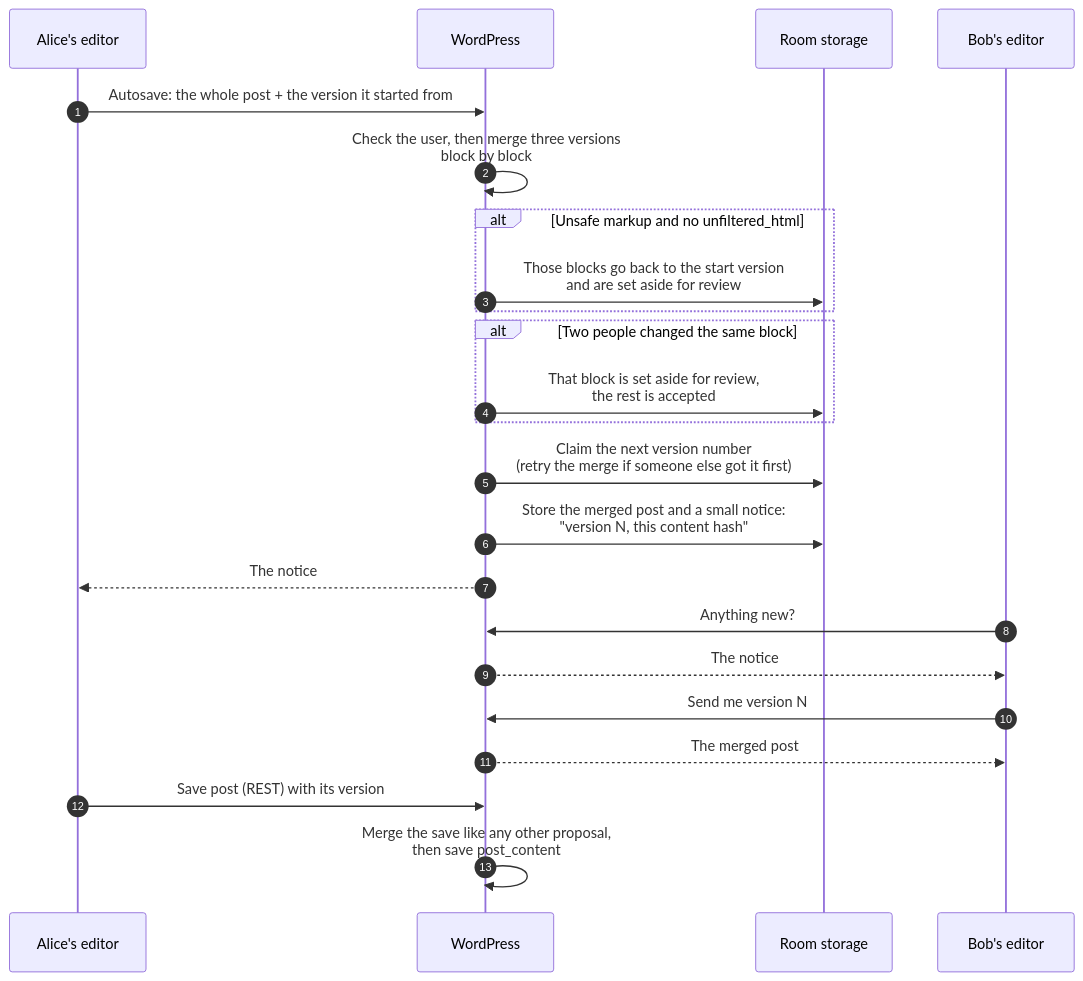
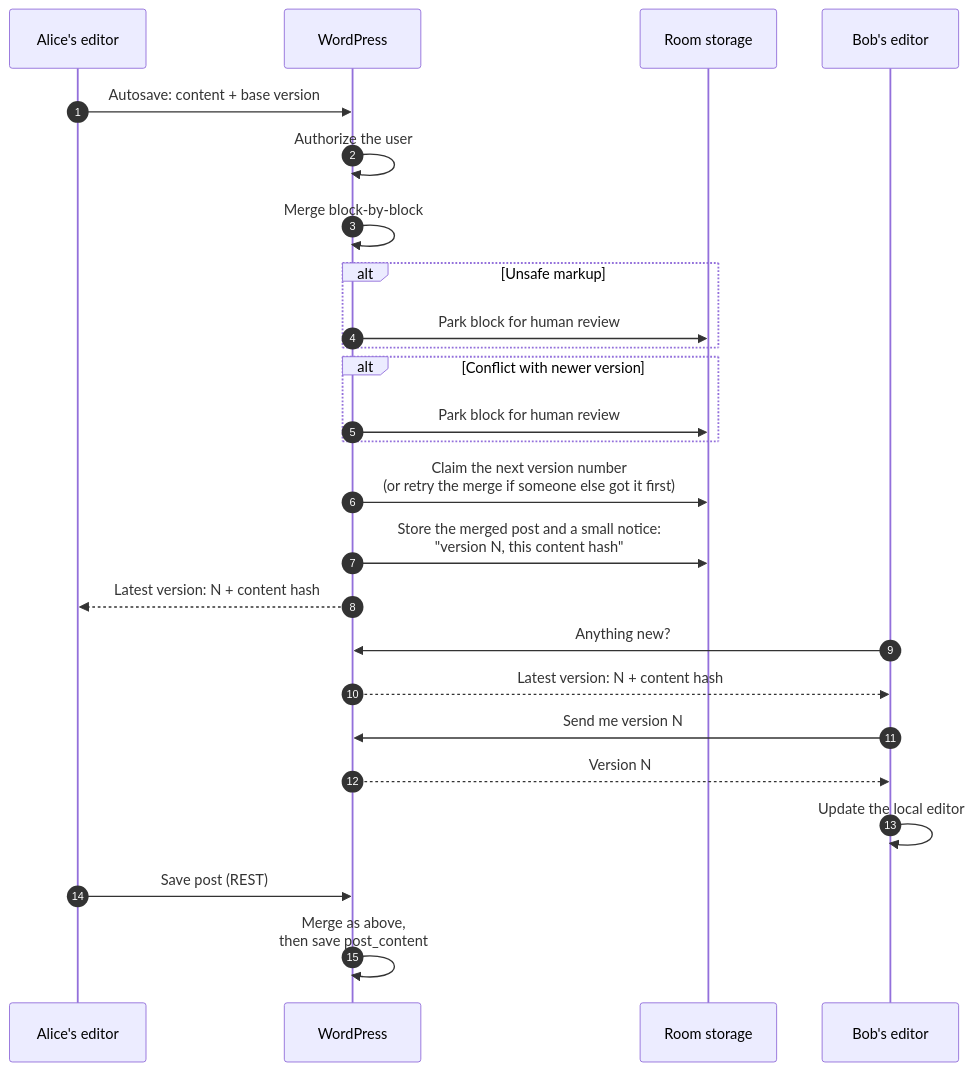
One commit to WordPress/gutenberg-sync-engines changed the fourth of 4 diagrams in docs/data-flow.md. Above: the diagram before and after it, drawn with Mermaid. The commit also changed other lines of this file, not shown here.

````diff
--- a/docs/data-flow.md
+++ b/docs/data-flow.md
@@ -160,25 +141,27 @@
 ```mermaid
 sequenceDiagram
     autonumber
     participant A as Alice's editor
     participant WP as WordPress
     participant DB as Room storage
     participant B as Bob's editor
-    A->>WP: Autosave: the whole post + the version it started from
-    WP->>WP: Check the user, then merge three versions<br/>block by block
-    alt Unsafe markup and no unfiltered_html
-        WP->>DB: Those blocks go back to the start version<br/>and are set aside for review
+    A->>WP: Autosave: content + base version
+    WP->>WP: Authorize the user
+    WP->>WP: Merge block-by-block
+    alt Unsafe markup
+        WP->>DB: Park block for human review
     end
-    alt Two people changed the same block
-        WP->>DB: That block is set aside for review,<br/>the rest is accepted
+    alt Conflict with newer version
+        WP->>DB: Park block for human review
     end
-    WP->>DB: Claim the next version number<br/>(retry the merge if someone else got it first)
+    WP->>DB: Claim the next version number<br/>(or retry the merge if someone else got it first)
     WP->>DB: Store the merged post and a small notice:<br/>"version N, this content hash"
-    WP-->>A: The notice
+    WP-->>A: Latest version: N + content hash
     B->>WP: Anything new?
-    WP-->>B: The notice
+    WP-->>B: Latest version: N + content hash
     B->>WP: Send me version N
-    WP-->>B: The merged post
-    A->>WP: Save post (REST) with its version
-    WP->>WP: Merge the save like any other proposal,<br/>then save post_content
+    WP-->>B: Version N
+    B->>B: Update the local editor
+    A->>WP: Save post (REST)
+    WP->>WP: Merge as above,<br/>then save post_content
 ```
````
